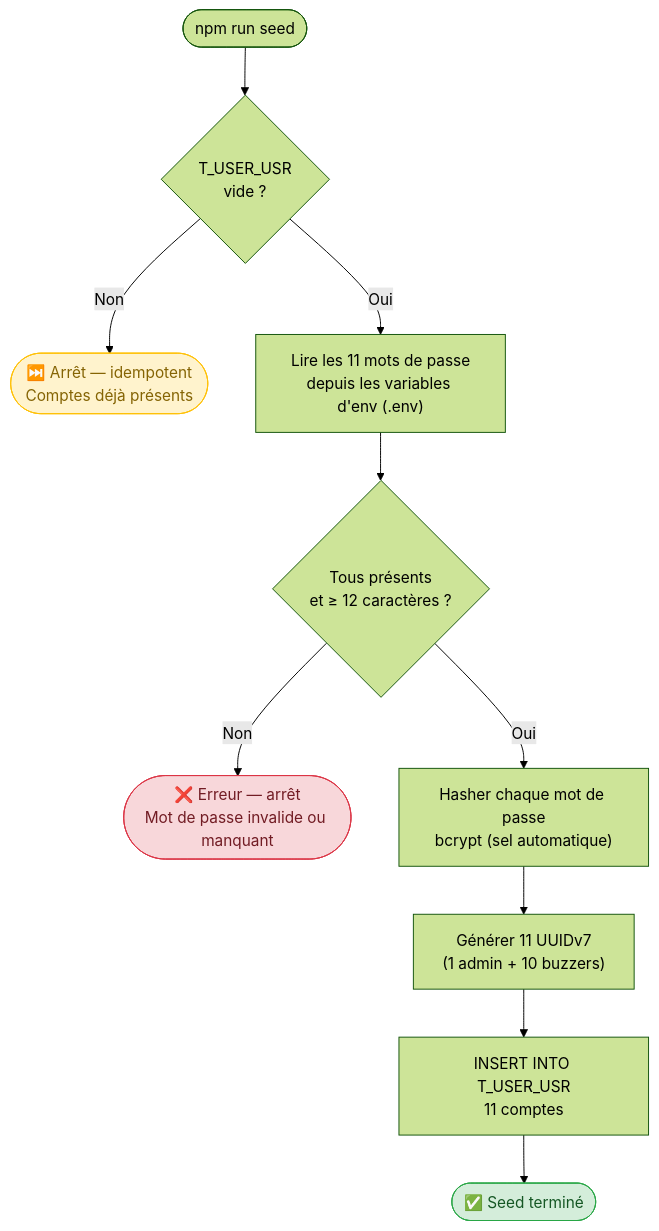
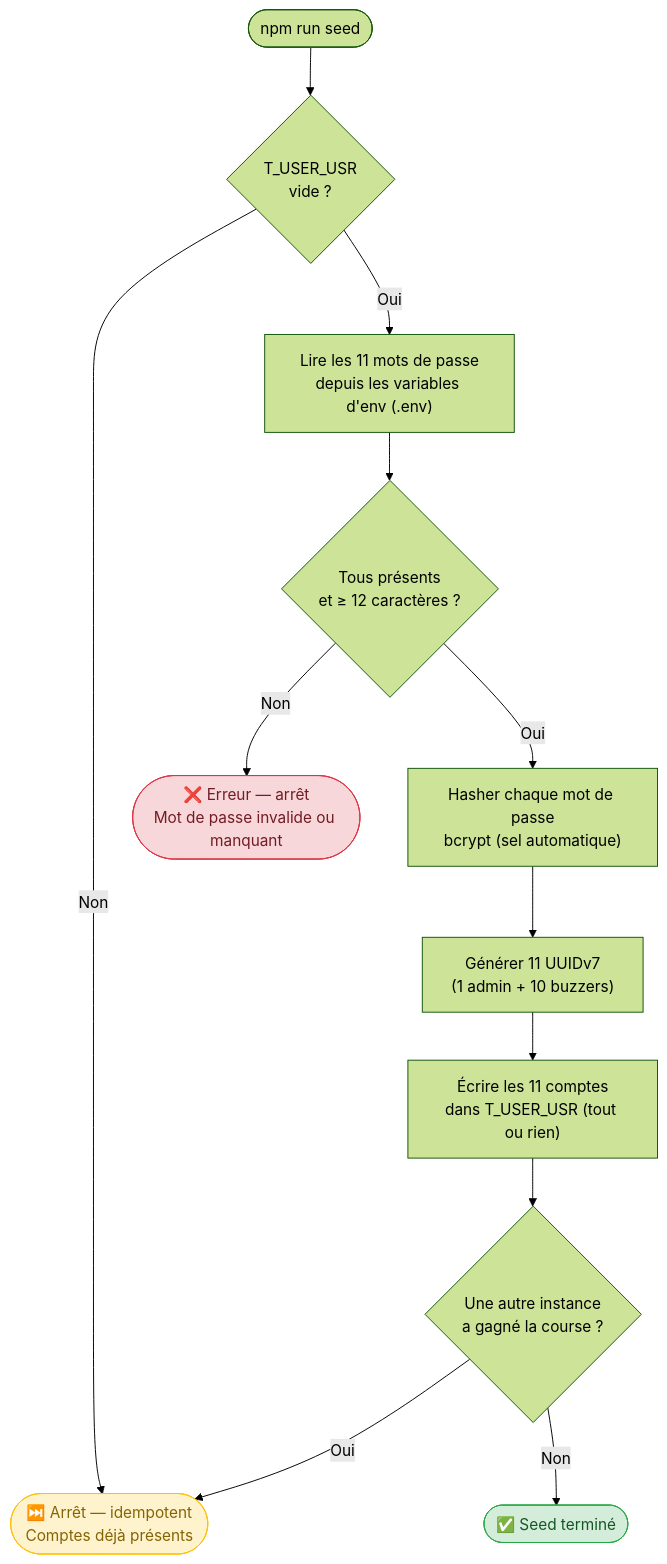
Before and after one commit to ODehel/quiz-live-server: the diagram in docs/specs/diagrams/US-002-seed-users.mmd, drawn with Mermaid. The commit also changed 8 other files, not shown here.

First line of the commit message:
docs(specs): settle what the seed returns when a concurrent seed run wins the race (#173)

```diff
--- a/docs/specs/diagrams/US-002-seed-users.mmd
+++ b/docs/specs/diagrams/US-002-seed-users.mmd
@@ -1,18 +1,20 @@
 %%{init: {"theme": "forest", "flowchart": {"curve": "basis"}}}%%
 flowchart TD
     START(["npm run seed"]) --> CHECK{"T_USER_USR\nvide ?"}
     CHECK -->|"Non"| SKIP(["⏭️ Arrêt — idempotent\nComptes déjà présents"])
     CHECK -->|"Oui"| LOAD["Lire les 11 mots de passe\ndepuis les variables d'env (.env)"]
     LOAD --> PWD{"Tous présents\net ≥ 12 caractères ?"}
     PWD -->|"Non"| ERR(["❌ Erreur — arrêt\nMot de passe invalide ou manquant"])
     PWD -->|"Oui"| HASH["Hasher chaque mot de passe\nbcrypt (sel automatique)"]
     HASH --> UUID["Générer 11 UUIDv7\n(1 admin + 10 buzzers)"]
-    UUID --> INSERT["INSERT INTO T_USER_USR\n11 comptes"]
-    INSERT --> DONE(["✅ Seed terminé"])
+    UUID --> INSERT["Écrire les 11 comptes\ndans T_USER_USR (tout ou rien)"]
+    INSERT --> RACE{"Une autre instance\na gagné la course ?"}
+    RACE -->|"Oui"| SKIP
+    RACE -->|"Non"| DONE(["✅ Seed terminé"])
 
     classDef success fill:#d4edda,stroke:#28a745,color:#155724
     classDef error fill:#f8d7da,stroke:#dc3545,color:#721c24
     classDef warning fill:#fff3cd,stroke:#ffc107,color:#856404
     class DONE success
     class ERR error
     class SKIP warning
```
